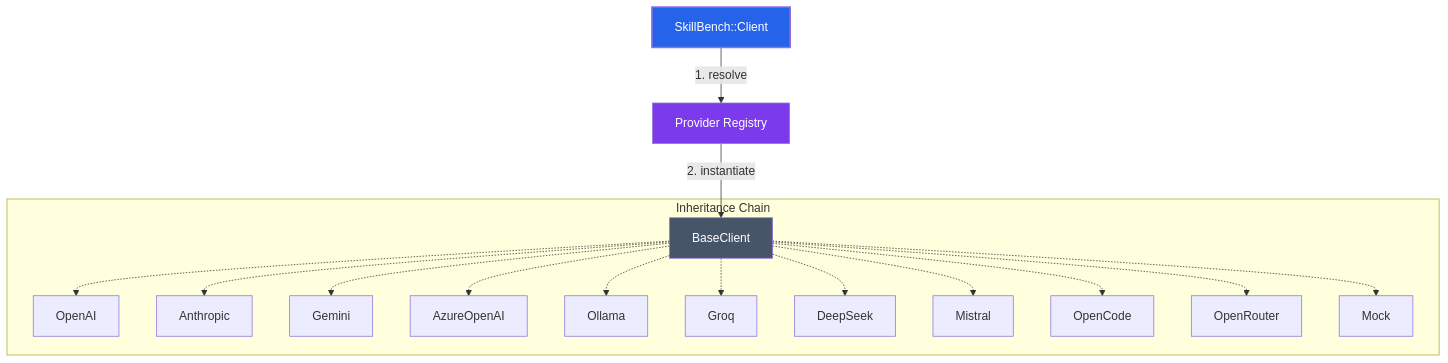
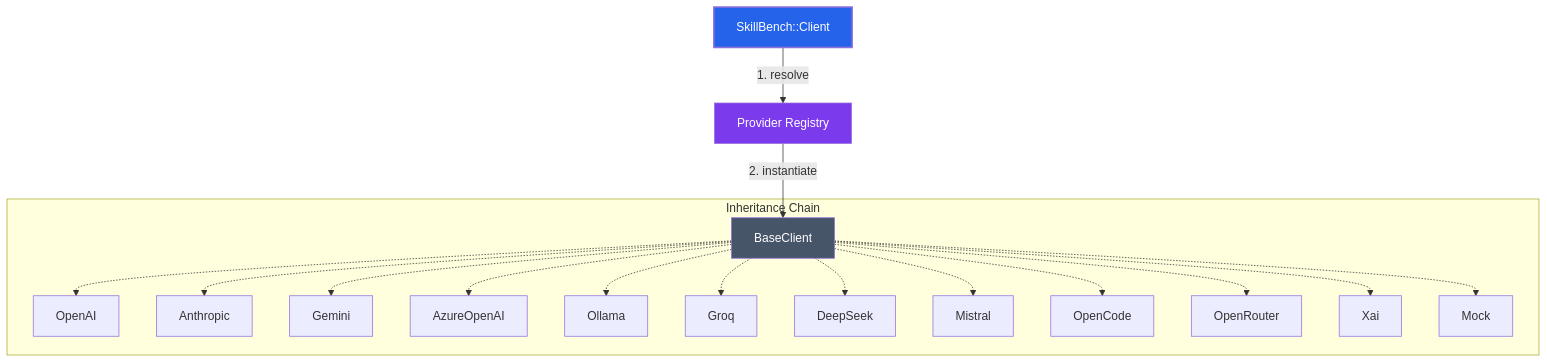
One commit to igmarin/ruby-skill-bench changed the diagram in lib/skill_bench/clients/README.md. Above: the diagram before and after it, drawn with Mermaid. The commit also changed other lines of this file and 12 other files, not shown here.

````diff
--- a/lib/skill_bench/clients/README.md
+++ b/lib/skill_bench/clients/README.md
@@ -13,43 +13,45 @@
 ```mermaid
 graph TD
     %% Nodes
     Dispatcher[SkillBench::Client]
     Registry[Provider Registry]
     Base[BaseClient]
     
     %% Providers
     OpenAI[OpenAI]
     Anthropic[Anthropic]
     Gemini[Gemini]
     Azure[AzureOpenAI]
     Ollama[Ollama]
     Groq[Groq]
     DeepSeek[DeepSeek]
     Mistral[Mistral]
     OpenCode[OpenCode]
     OpenRouter[OpenRouter]
+    Xai[Xai]
     Mock[Mock]
 
     %% Connections
     Dispatcher -->|1. resolve| Registry
     Registry -->|2. instantiate| Base
     
     subgraph "Inheritance Chain"
         Base -.-> OpenAI
         Base -.-> Anthropic
         Base -.-> Gemini
         Base -.-> Azure
         Base -.-> Ollama
         Base -.-> Groq
         Base -.-> DeepSeek
         Base -.-> Mistral
         Base -.-> OpenCode
         Base -.-> OpenRouter
+        Base -.-> Xai
         Base -.-> Mock
     end
 
     %% Styling
     style Dispatcher fill:#2563eb,color:#fff,stroke-width:2px
     style Registry fill:#7c3aed,color:#fff
     style Base fill:#475569,color:#fff
 ```
````
